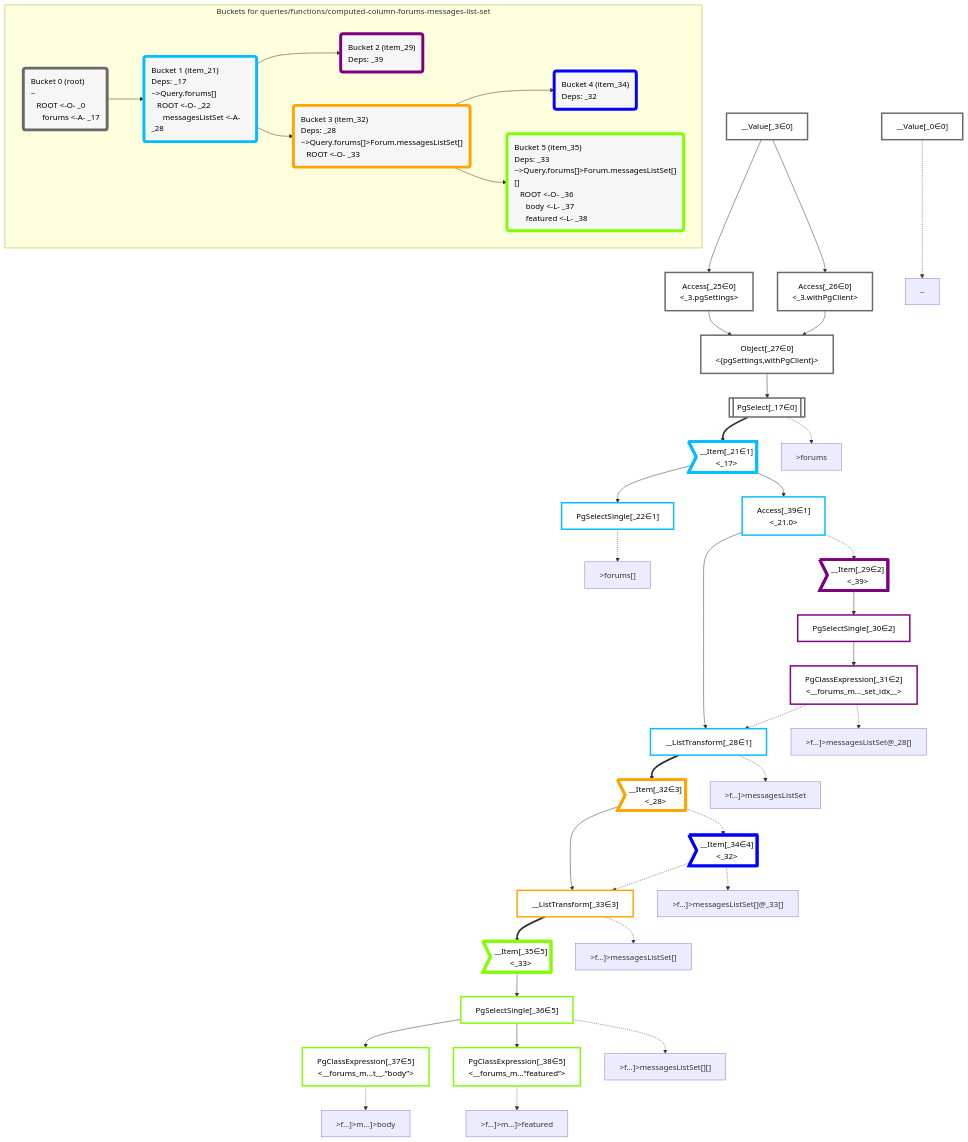
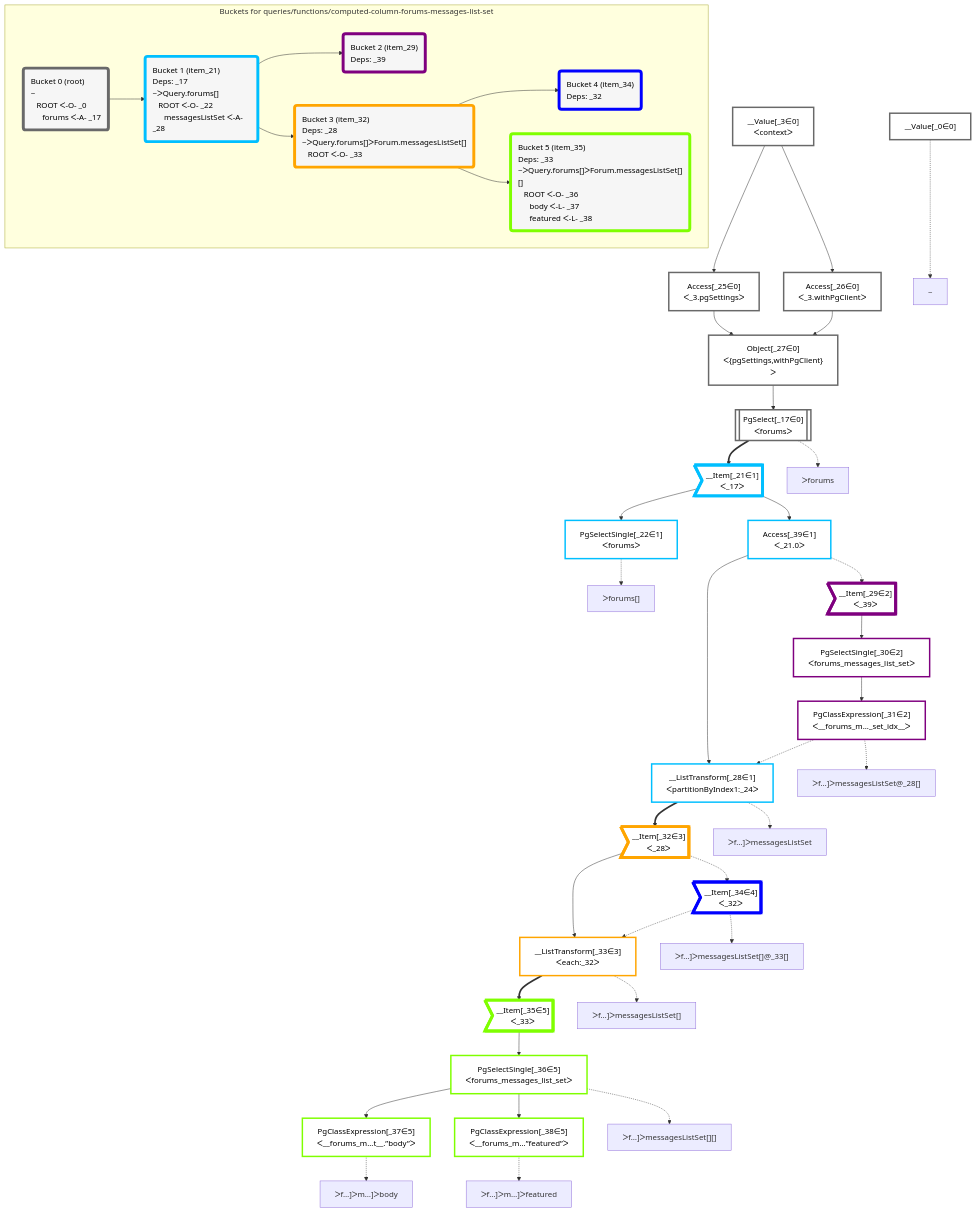
One commit to graphile/crystal changed the diagram in packages/dataplan-pg/__tests__/queries/functions/computed-column-forums-messages-list-set.mermaid.md. Above: the diagram before and after it, drawn with Mermaid. The commit also changed 195 other files, not shown here.

```diff
--- a/packages/dataplan-pg/__tests__/queries/functions/computed-column-forums-messages-list-set.mermaid.md
+++ b/packages/dataplan-pg/__tests__/queries/functions/computed-column-forums-messages-list-set.mermaid.md
@@ -9,25 +9,25 @@
 
     %% define plans
     __Value_0["__Value[_0∈0]"]:::plan
-    __Value_3["__Value[_3∈0]<br /><context>"]:::plan
-    PgSelect_17[["PgSelect[_17∈0]<br /><forums>"]]:::plan
-    __Item_21>"__Item[_21∈1]<br /><_17>"]:::itemplan
-    PgSelectSingle_22["PgSelectSingle[_22∈1]<br /><forums>"]:::plan
-    Access_25["Access[_25∈0]<br /><_3.pgSettings>"]:::plan
-    Access_26["Access[_26∈0]<br /><_3.withPgClient>"]:::plan
-    Object_27["Object[_27∈0]<br /><{pgSettings,withPgClient}>"]:::plan
-    __ListTransform_28["__ListTransform[_28∈1]<br /><partitionByIndex1:_24>"]:::plan
-    __Item_29>"__Item[_29∈2]<br /><_39>"]:::itemplan
-    PgSelectSingle_30["PgSelectSingle[_30∈2]<br /><forums_messages_list_set>"]:::plan
-    PgClassExpression_31["PgClassExpression[_31∈2]<br /><__forums_m..._set_idx__>"]:::plan
-    __Item_32>"__Item[_32∈3]<br /><_28>"]:::itemplan
-    __ListTransform_33["__ListTransform[_33∈3]<br /><each:_32>"]:::plan
-    __Item_34>"__Item[_34∈4]<br /><_32>"]:::itemplan
-    __Item_35>"__Item[_35∈5]<br /><_33>"]:::itemplan
-    PgSelectSingle_36["PgSelectSingle[_36∈5]<br /><forums_messages_list_set>"]:::plan
-    PgClassExpression_37["PgClassExpression[_37∈5]<br /><__forums_m...t__.”body”>"]:::plan
-    PgClassExpression_38["PgClassExpression[_38∈5]<br /><__forums_m...”featured”>"]:::plan
-    Access_39["Access[_39∈1]<br /><_21.0>"]:::plan
+    __Value_3["__Value[_3∈0]<br />ᐸcontextᐳ"]:::plan
+    PgSelect_17[["PgSelect[_17∈0]<br />ᐸforumsᐳ"]]:::plan
+    __Item_21>"__Item[_21∈1]<br />ᐸ_17ᐳ"]:::itemplan
+    PgSelectSingle_22["PgSelectSingle[_22∈1]<br />ᐸforumsᐳ"]:::plan
+    Access_25["Access[_25∈0]<br />ᐸ_3.pgSettingsᐳ"]:::plan
+    Access_26["Access[_26∈0]<br />ᐸ_3.withPgClientᐳ"]:::plan
+    Object_27["Object[_27∈0]<br />ᐸ{pgSettings,withPgClient}ᐳ"]:::plan
+    __ListTransform_28["__ListTransform[_28∈1]<br />ᐸpartitionByIndex1:_24ᐳ"]:::plan
+    __Item_29>"__Item[_29∈2]<br />ᐸ_39ᐳ"]:::itemplan
+    PgSelectSingle_30["PgSelectSingle[_30∈2]<br />ᐸforums_messages_list_setᐳ"]:::plan
+    PgClassExpression_31["PgClassExpression[_31∈2]<br />ᐸ__forums_m..._set_idx__ᐳ"]:::plan
+    __Item_32>"__Item[_32∈3]<br />ᐸ_28ᐳ"]:::itemplan
+    __ListTransform_33["__ListTransform[_33∈3]<br />ᐸeach:_32ᐳ"]:::plan
+    __Item_34>"__Item[_34∈4]<br />ᐸ_32ᐳ"]:::itemplan
+    __Item_35>"__Item[_35∈5]<br />ᐸ_33ᐳ"]:::itemplan
+    PgSelectSingle_36["PgSelectSingle[_36∈5]<br />ᐸforums_messages_list_setᐳ"]:::plan
+    PgClassExpression_37["PgClassExpression[_37∈5]<br />ᐸ__forums_m...t__.”body”ᐳ"]:::plan
+    PgClassExpression_38["PgClassExpression[_38∈5]<br />ᐸ__forums_m...”featured”ᐳ"]:::plan
+    Access_39["Access[_39∈1]<br />ᐸ_21.0ᐳ"]:::plan
 
     %% plan dependencies
     Object_27 --> PgSelect_17
@@ -55,23 +55,23 @@
     %% plan-to-path relationships
     P_0["~"]
     __Value_0 -.-> P_0
-    P_17[">forums"]
+    P_17["ᐳforums"]
     PgSelect_17 -.-> P_17
-    P_22[">forums[]"]
+    P_22["ᐳforums[]"]
     PgSelectSingle_22 -.-> P_22
-    P_28[">f…]>messagesListSet"]
+    P_28["ᐳf…]ᐳmessagesListSet"]
     __ListTransform_28 -.-> P_28
-    P_31[">f…]>messagesListSet@_28[]"]
+    P_31["ᐳf…]ᐳmessagesListSet@_28[]"]
     PgClassExpression_31 -.-> P_31
-    P_33[">f…]>messagesListSet[]"]
+    P_33["ᐳf…]ᐳmessagesListSet[]"]
     __ListTransform_33 -.-> P_33
-    P_34[">f…]>messagesListSet[]@_33[]"]
+    P_34["ᐳf…]ᐳmessagesListSet[]@_33[]"]
     __Item_34 -.-> P_34
-    P_36[">f…]>messagesListSet[][]"]
+    P_36["ᐳf…]ᐳmessagesListSet[][]"]
     PgSelectSingle_36 -.-> P_36
-    P_37[">f…]>m…]>body"]
+    P_37["ᐳf…]ᐳm…]ᐳbody"]
     PgClassExpression_37 -.-> P_37
-    P_38[">f…]>m…]>featured"]
+    P_38["ᐳf…]ᐳm…]ᐳfeatured"]
     PgClassExpression_38 -.-> P_38
 
     %% allocate buckets
@@ -89,21 +89,21 @@
     class __Item_35,PgSelectSingle_36,PgClassExpression_37,PgClassExpression_38 bucket5
 
     subgraph "Buckets for queries/functions/computed-column-forums-messages-list-set"
-    Bucket0("Bucket 0 (root)<br />~<br />⠀ROOT <-O- _0<br />⠀⠀forums <-A- _17"):::bucket
+    Bucket0("Bucket 0 (root)<br />~<br />⠀ROOT ᐸ-O- _0<br />⠀⠀forums ᐸ-A- _17"):::bucket
     style Bucket0 stroke:#696969
-    Bucket1("Bucket 1 (item_21)<br />Deps: _17<br />~>Query.forums[]<br />⠀ROOT <-O- _22<br />⠀⠀messagesListSet <-A- _28"):::bucket
+    Bucket1("Bucket 1 (item_21)<br />Deps: _17<br />~ᐳQuery.forums[]<br />⠀ROOT ᐸ-O- _22<br />⠀⠀messagesListSet ᐸ-A- _28"):::bucket
     style Bucket1 stroke:#00bfff
     Bucket0 --> Bucket1
     Bucket2("Bucket 2 (item_29)<br />Deps: _39"):::bucket
     style Bucket2 stroke:#7f007f
     Bucket1 --> Bucket2
-    Bucket3("Bucket 3 (item_32)<br />Deps: _28<br />~>Query.forums[]>Forum.messagesListSet[]<br />⠀ROOT <-O- _33"):::bucket
+    Bucket3("Bucket 3 (item_32)<br />Deps: _28<br />~ᐳQuery.forums[]ᐳForum.messagesListSet[]<br />⠀ROOT ᐸ-O- _33"):::bucket
     style Bucket3 stroke:#ffa500
     Bucket1 --> Bucket3
     Bucket4("Bucket 4 (item_34)<br />Deps: _32"):::bucket
     style Bucket4 stroke:#0000ff
     Bucket3 --> Bucket4
-    Bucket5("Bucket 5 (item_35)<br />Deps: _33<br />~>Query.forums[]>Forum.messagesListSet[][]<br />⠀ROOT <-O- _36<br />⠀⠀body <-L- _37<br />⠀⠀featured <-L- _38"):::bucket
+    Bucket5("Bucket 5 (item_35)<br />Deps: _33<br />~ᐳQuery.forums[]ᐳForum.messagesListSet[][]<br />⠀ROOT ᐸ-O- _36<br />⠀⠀body ᐸ-L- _37<br />⠀⠀featured ᐸ-L- _38"):::bucket
     style Bucket5 stroke:#7fff00
     Bucket3 --> Bucket5
     end
```
